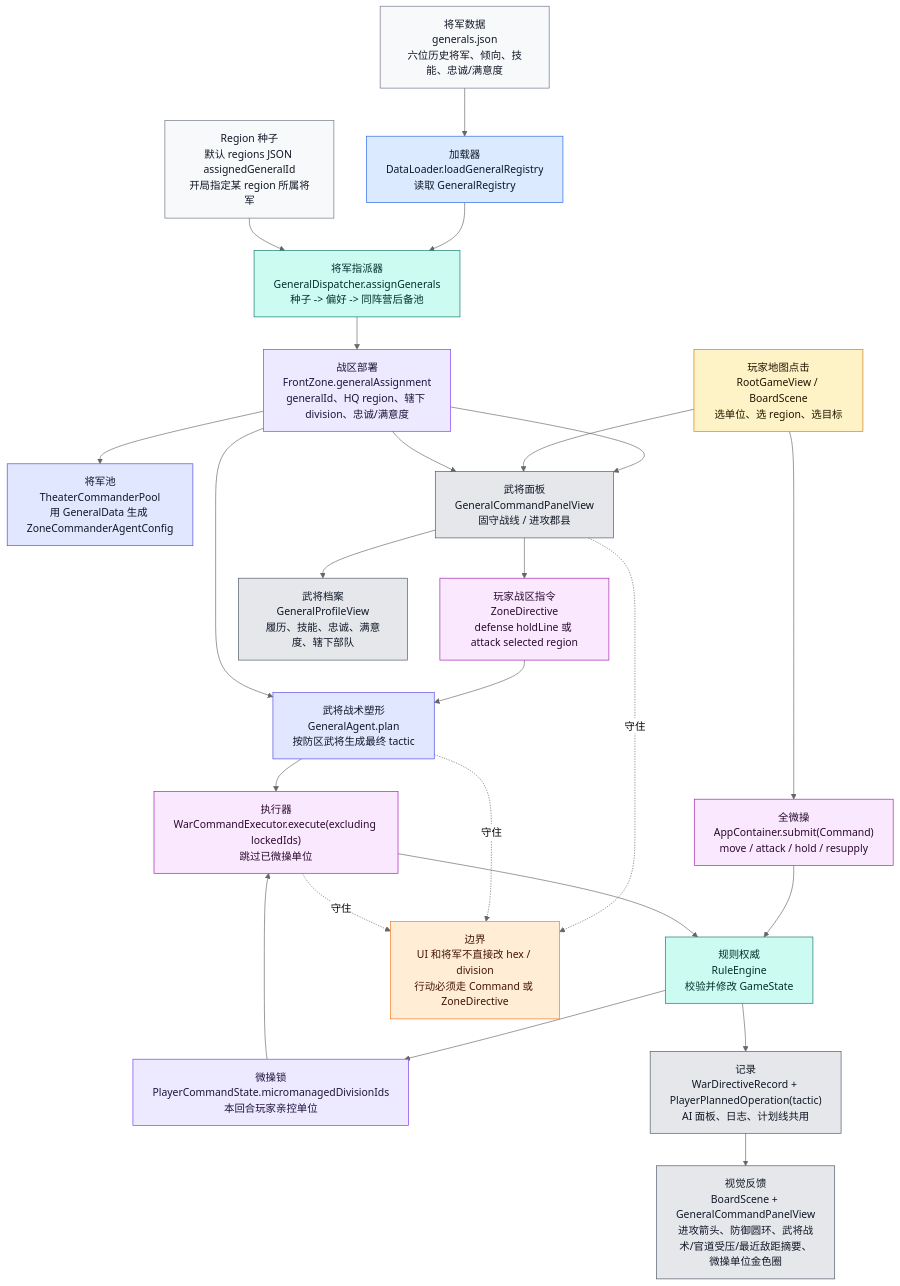
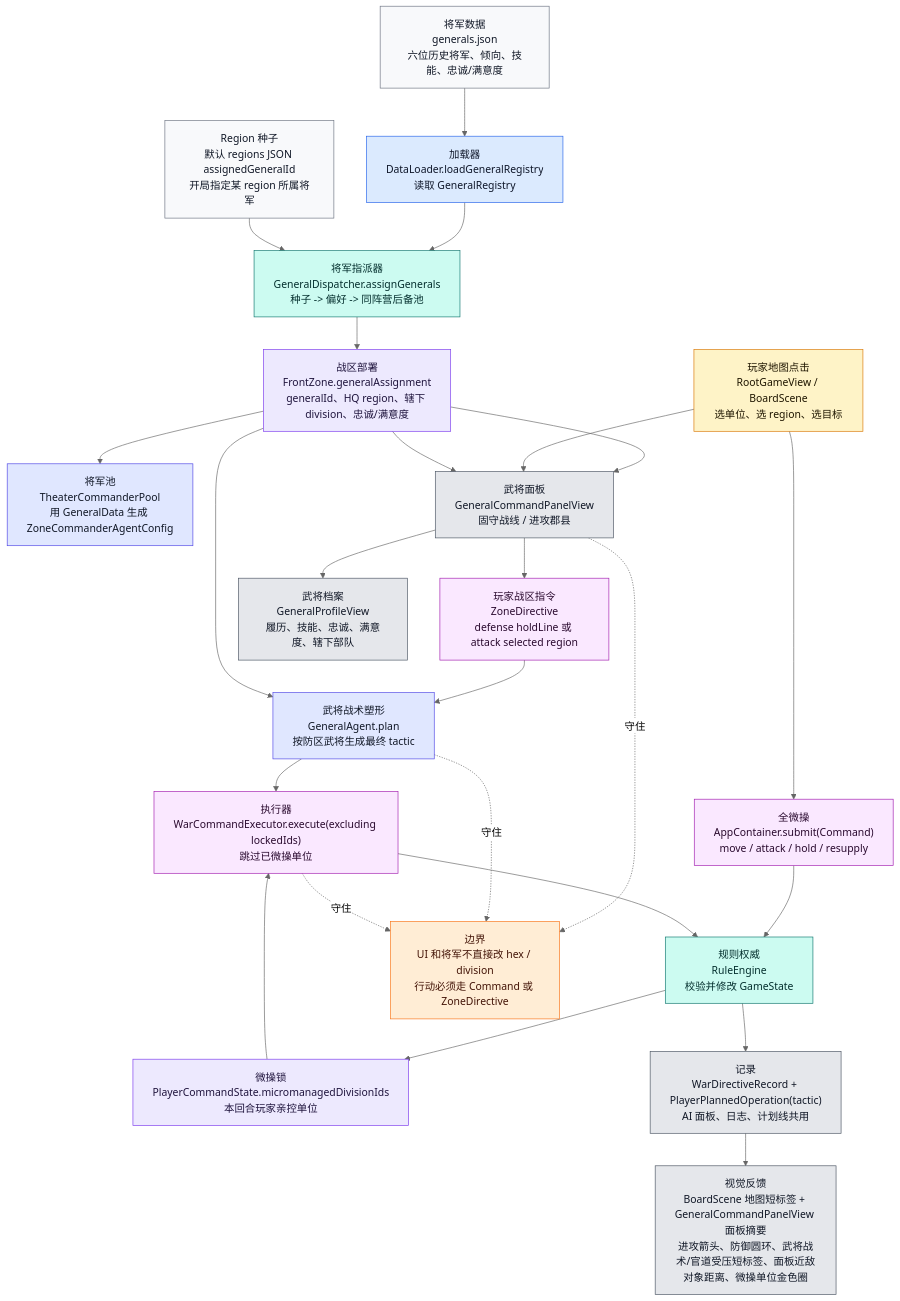
Before and after one commit to Altman-sam114/121: the eighth of 9 diagrams in md/flow/flowchart.md, drawn with Mermaid (neutral theme). The commit also changed other lines of this file and 6 other files, not shown here.

````diff
--- a/md/flow/flowchart.md
+++ b/md/flow/flowchart.md
@@ -508,45 +508,45 @@
 ```mermaid
 flowchart TD
     GJSON["将军数据<br/>generals.json<br/>六位历史将军、倾向、技能、忠诚/满意度"]:::data
     RJSON["Region 种子<br/>默认 regions JSON assignedGeneralId<br/>开局指定某 region 所属将军"]:::data
     DL["加载器<br/>DataLoader.loadGeneralRegistry<br/>读取 GeneralRegistry"]:::loader
     DISP["将军指派器<br/>GeneralDispatcher.assignGenerals<br/>种子 -> 偏好 -> 同阵营后备池"]:::rules
     FZ["战区部署<br/>FrontZone.generalAssignment<br/>generalId、HQ region、辖下 division、忠诚/满意度"]:::state
     POOL["将军池<br/>TheaterCommanderPool<br/>用 GeneralData 生成 ZoneCommanderAgentConfig"]:::ai
 
     TAP["玩家地图点击<br/>RootGameView / BoardScene<br/>选单位、选 region、选目标"]:::input
     MICRO["全微操<br/>AppContainer.submit(Command)<br/>move / attack / hold / resupply"]:::command
     LOCK["微操锁<br/>PlayerCommandState.micromanagedDivisionIds<br/>本回合玩家亲控单位"]:::state
     GENUI["武将面板<br/>GeneralCommandPanelView<br/>固守战线 / 进攻郡县"]:::ui
     ZD["玩家战区指令<br/>ZoneDirective<br/>defense holdLine 或 attack selected region"]:::command
     GENA["武将战术塑形<br/>GeneralAgent.plan<br/>按防区武将生成最终 tactic"]:::ai
     WCE["执行器<br/>WarCommandExecutor.execute(excluding lockedIds)<br/>跳过已微操单位"]:::command
     RE["规则权威<br/>RuleEngine<br/>校验并修改 GameState"]:::rules
     RECORD["记录<br/>WarDirectiveRecord + PlayerPlannedOperation(tactic)<br/>AI 面板、日志、计划线共用"]:::ui
-    BOARD["视觉反馈<br/>BoardScene + GeneralCommandPanelView<br/>进攻箭头、防御圆环、武将战术/官道受压/最近敌距摘要、微操单位金色圈"]:::ui
+    BOARD["视觉反馈<br/>BoardScene 地图短标签 + GeneralCommandPanelView 面板摘要<br/>进攻箭头、防御圆环、武将战术/官道受压短标签、面板近敌对象距离、微操单位金色圈"]:::ui
     PROFILE["武将档案<br/>GeneralProfileView<br/>履历、技能、忠诚、满意度、辖下部队"]:::ui
 
     GJSON --> DL --> DISP
     RJSON --> DISP --> FZ --> POOL
     FZ --> GENUI --> PROFILE
     TAP --> MICRO --> RE --> LOCK
     LOCK --> WCE
     TAP --> GENUI --> ZD --> GENA --> WCE --> RE --> RECORD --> BOARD
     FZ --> GENUI
     FZ --> GENA
 
     WARN["边界<br/>UI 和将军不直接改 hex / division<br/>行动必须走 Command 或 ZoneDirective"]:::warn
     GENUI -.守住.-> WARN
     GENA -.守住.-> WARN
     WCE -.守住.-> WARN
 
     classDef data fill:#f8f9fb,stroke:#6b7280,color:#111827
     classDef loader fill:#dbeafe,stroke:#2563eb,color:#0f172a
     classDef state fill:#ede9fe,stroke:#7c3aed,color:#1f143d
     classDef ai fill:#e0e7ff,stroke:#4f46e5,color:#111827
     classDef input fill:#fef3c7,stroke:#d97706,color:#1f1600
     classDef command fill:#fae8ff,stroke:#a21caf,color:#2a0a2f
     classDef rules fill:#ccfbf1,stroke:#0f766e,color:#042f2e
     classDef ui fill:#e5e7eb,stroke:#4b5563,color:#111827
     classDef warn fill:#ffedd5,stroke:#f97316,color:#431407
 ```
````
